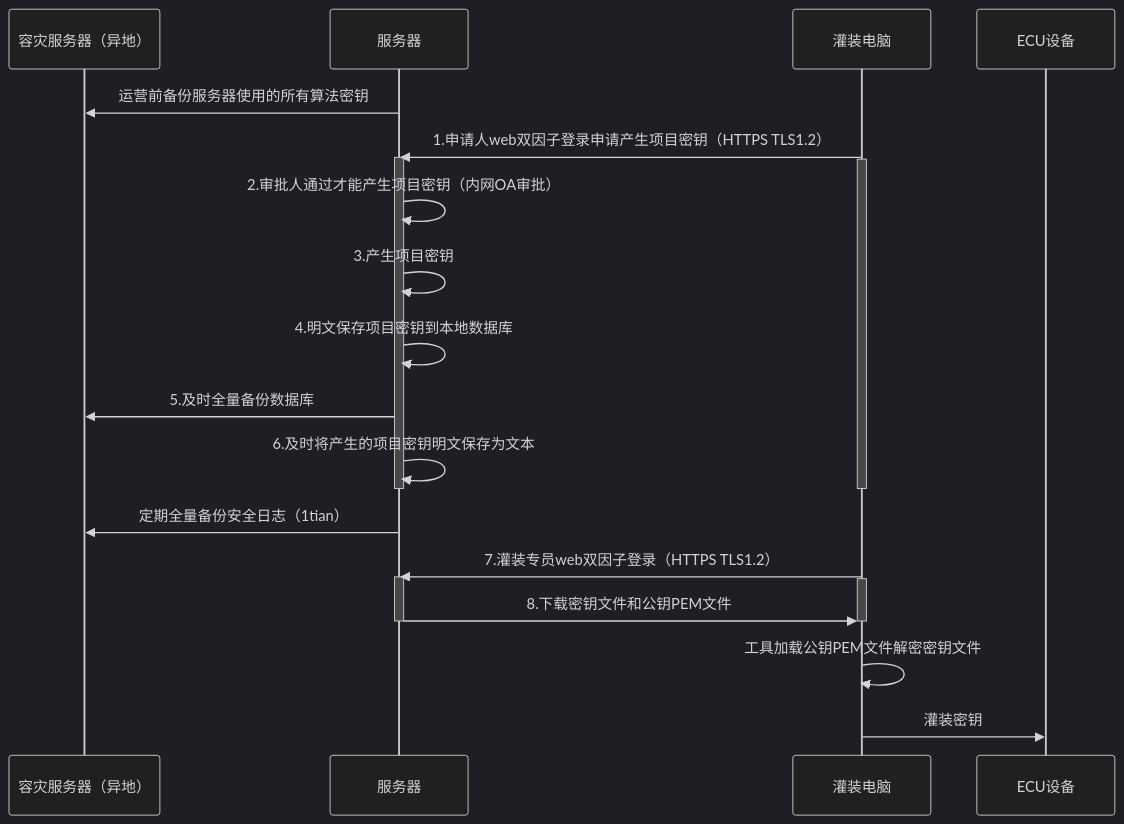
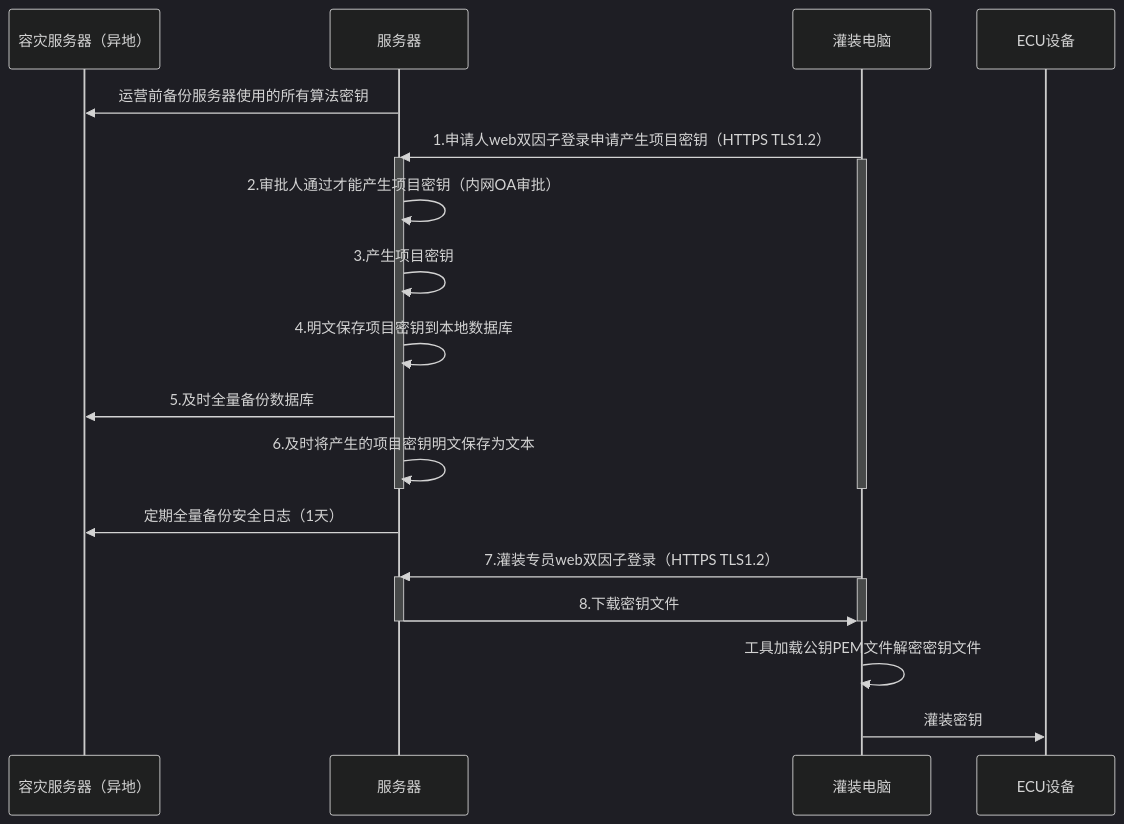
The diagram in all/未命名-17.md (facebook-cloud/iodraw-files), drawn with Mermaid (dark theme) before and after one commit.

Commit message:
2026-03-05 20:51:10 update

````diff
--- a/all/未命名-17.md
+++ b/all/未命名-17.md
@@ -1,32 +1,32 @@
 ```mermaid
 sequenceDiagram
     participant A as 容灾服务器（异地）
     participant B as 服务器
     participant D as 灌装电脑
     participant E as ECU设备
 
     B->>A: 运营前备份服务器使用的所有算法密钥
     D->>B: 1.申请人web双因子登录申请产生项目密钥（HTTPS TLS1.2）
     activate B
     activate D
     B->>B: 2.审批人通过才能产生项目密钥（内网OA审批）
     B->>B: 3.产生项目密钥
     B->>B: 4.明文保存项目密钥到本地数据库
     B->>A: 5.及时全量备份数据库
     B->>B: 6.及时将产生的项目密钥明文保存为文本
     deactivate B
     deactivate D
 
-    B->>A: 定期全量备份安全日志（1tian）
+    B->>A: 定期全量备份安全日志（1天）
     
     D->>B: 7.灌装专员web双因子登录（HTTPS TLS1.2）
     activate B
     activate D
-    B->>D: 8.下载密钥文件和公钥PEM文件
+    B->>D: 8.下载密钥文件
     deactivate B
     deactivate D
 
     D->>D:工具加载公钥PEM文件解密密钥文件
     
     D->>E: 灌装密钥
 ```
````
